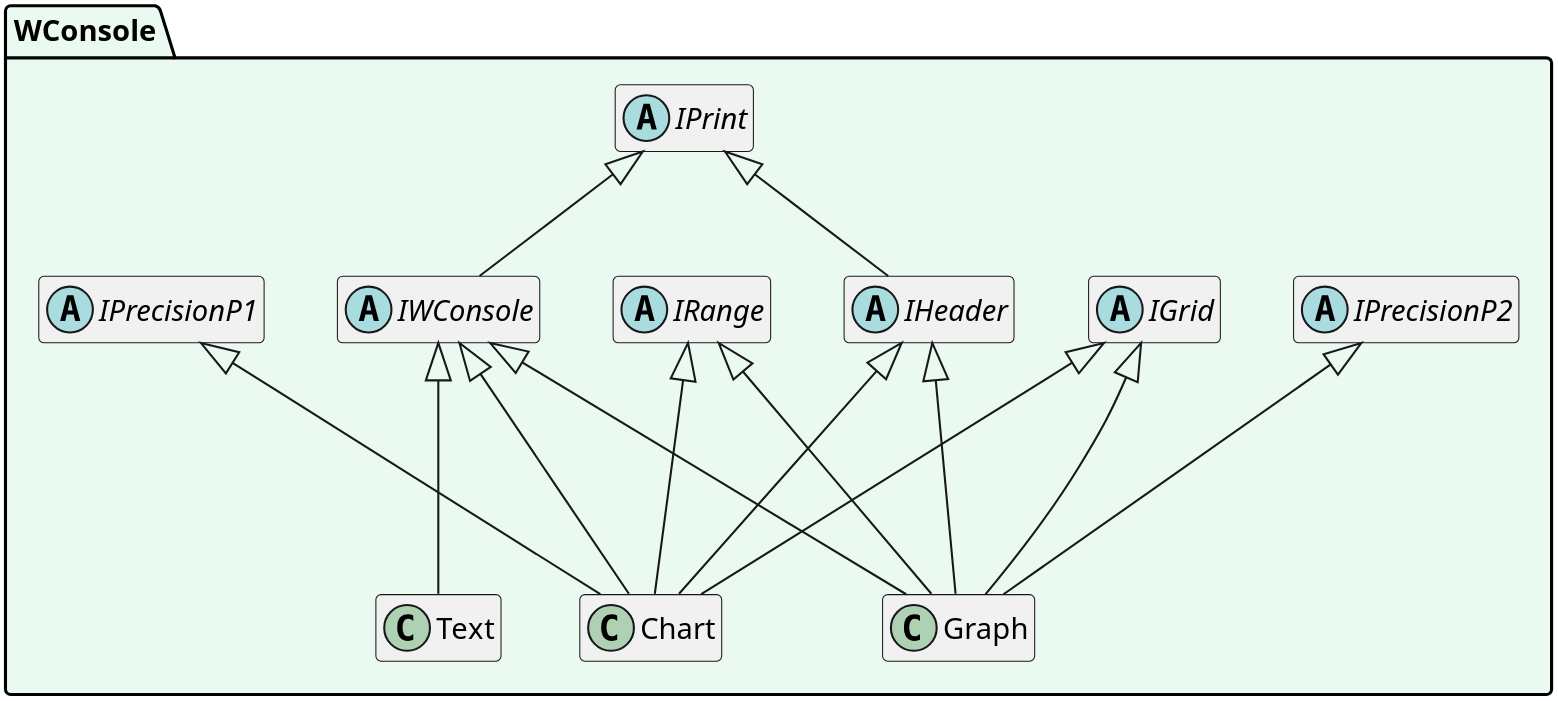
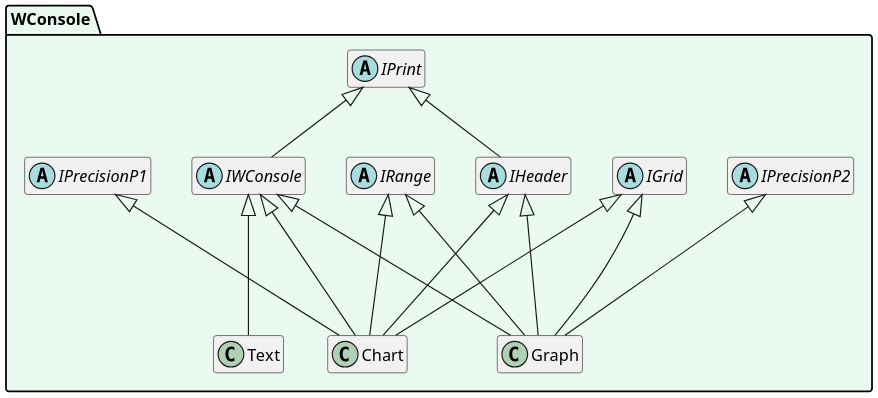
Before and after one commit to SergioStopkin/WideConsole: the diagram in doc/UMLClass.md, drawn with PlantUML.

Commit message:
Test some styles

````diff
--- a/doc/UMLClass.md
+++ b/doc/UMLClass.md
@@ -1,42 +1,41 @@
 ```plantuml
 @startuml
 
 scale 1600 width
-scale 1300 height
 
 hide empty members
 
 namespace WConsole #EAFAF1 {
 
 abstract class IGrid
 abstract class IHeader
 abstract class IPrecisionP1
 abstract class IPrecisionP2
 abstract class IPrint
 abstract class IRange
 abstract class IWConsole
 class Chart
 class Graph
 class Text
 
 IPrint <|-- IHeader
 IPrint <|-- IWConsole
 
 IWConsole    <|--- Chart
 IHeader      <|--- Chart
 IPrecisionP1 <|---  Chart
 IRange       <|---  Chart
 IGrid        <|---  Chart
 
 IWConsole    <|--- Graph
 IHeader      <|--- Graph
 IPrecisionP2 <|---  Graph
 IRange       <|---  Graph
 IGrid        <|---  Graph
 
 IWConsole <|--- Text
 
 }
 
 @enduml
 ```
````
